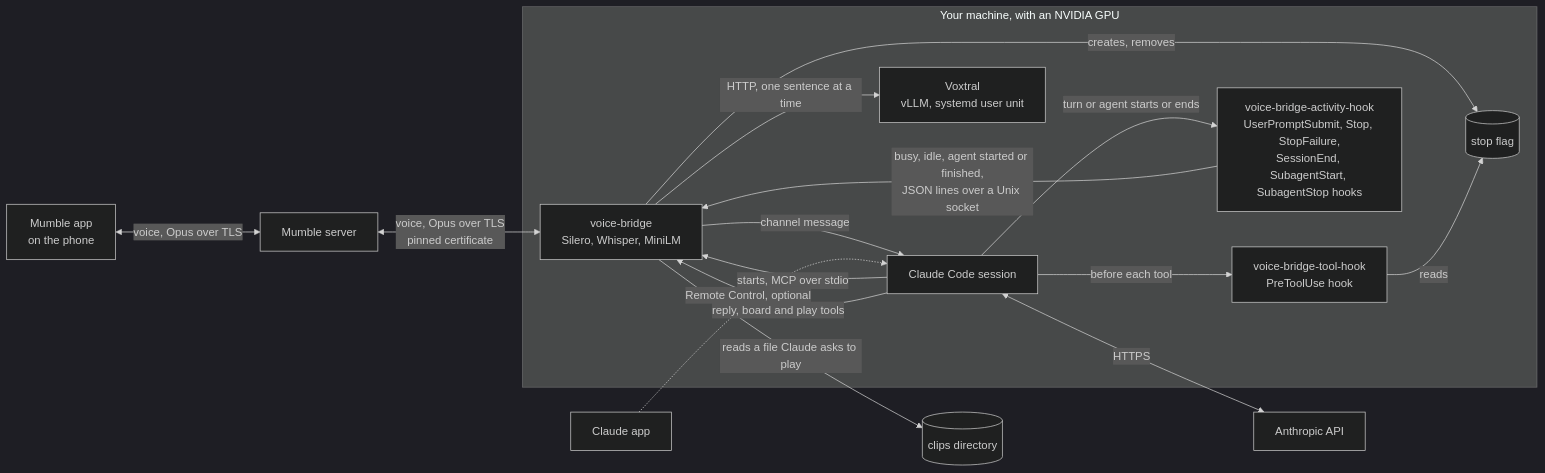
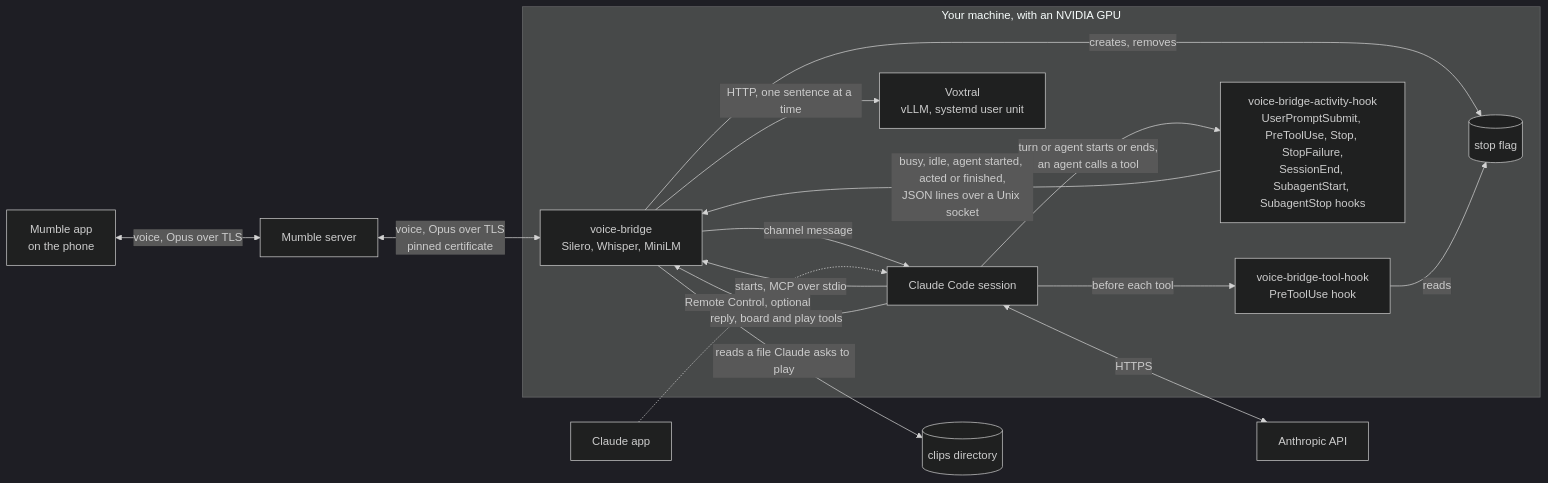
Before and after one commit to marc-gavanier/voice-bridge: the first of 3 diagrams in README.md, drawn with Mermaid (dark theme). The commit also changed other lines of this file and 1 other file, not shown here.

First line of the commit message:
docs: record that the board tells each agent's latest action

````diff
--- a/README.md
+++ b/README.md
@@ -7,28 +7,28 @@
 ```mermaid
 flowchart LR
     phone["Mumble app<br/>on the phone"]
     server["Mumble server"]
     subgraph machine["Your machine, with an NVIDIA GPU"]
         claude["Claude Code session"]
         bridge["voice-bridge<br/>Silero, Whisper, MiniLM"]
         voxtral["Voxtral<br/>vLLM, systemd user unit"]
         hook["voice-bridge-tool-hook<br/>PreToolUse hook"]
         flag[("stop flag")]
-        activity["voice-bridge-activity-hook<br/>UserPromptSubmit, Stop, StopFailure,<br/>SessionEnd, SubagentStart, SubagentStop hooks"]
+        activity["voice-bridge-activity-hook<br/>UserPromptSubmit, PreToolUse, Stop, StopFailure,<br/>SessionEnd, SubagentStart, SubagentStop hooks"]
     end
     api["Anthropic API"]
     app["Claude app"]
 
     phone <-->|"voice, Opus over TLS"| server
     server <-->|"voice, Opus over TLS<br/>pinned certificate"| bridge
     claude -->|"starts, MCP over stdio"| bridge
     bridge -->|"channel message"| claude
     claude -->|"reply, board and play tools"| bridge
     bridge -->|"reads a file Claude asks to play"| clips[("clips directory")]
     bridge -->|"creates, removes"| flag
     claude -->|"before each tool"| hook -->|"reads"| flag
-    claude -->|"turn or agent starts or ends"| activity -->|"busy, idle, agent started or finished,<br/>JSON lines over a Unix socket"| bridge
+    claude -->|"turn or agent starts or ends,<br/>an agent calls a tool"| activity -->|"busy, idle, agent started, acted or finished,<br/>JSON lines over a Unix socket"| bridge
     bridge -->|"HTTP, one sentence at a time"| voxtral
     claude <-->|"HTTPS"| api
     app -.->|"Remote Control, optional"| claude
 ```
````
